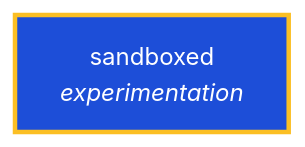
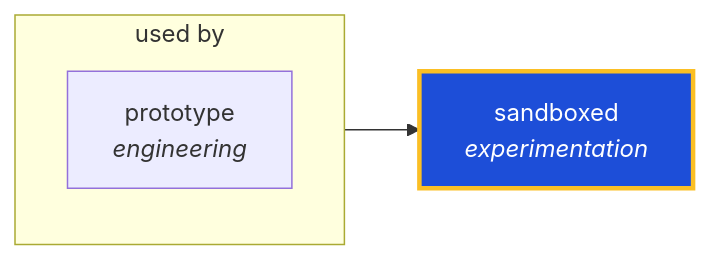
The diagram in docs/graphs/generated/sandboxed.md (ThePlenkov/skills), drawn with Mermaid before and after one commit. The commit also changed other lines of this file and 76 other files, not shown here.

````diff
--- a/docs/graphs/generated/sandboxed.md
+++ b/docs/graphs/generated/sandboxed.md
@@ -22,7 +22,13 @@
 ```mermaid
 graph LR
   sandboxed["sandboxed<br/><i>experimentation</i>"]
   classDef center fill:#1d4ed8,stroke:#fbbf24,stroke-width:3px,color:#fff
   class sandboxed center
 
+  subgraph sg_used_by["used by"]
+    direction TB
+    prototype["prototype<br/><i>engineering</i>"]
+  end
+  prototype --> sandboxed
+
 ```
````
